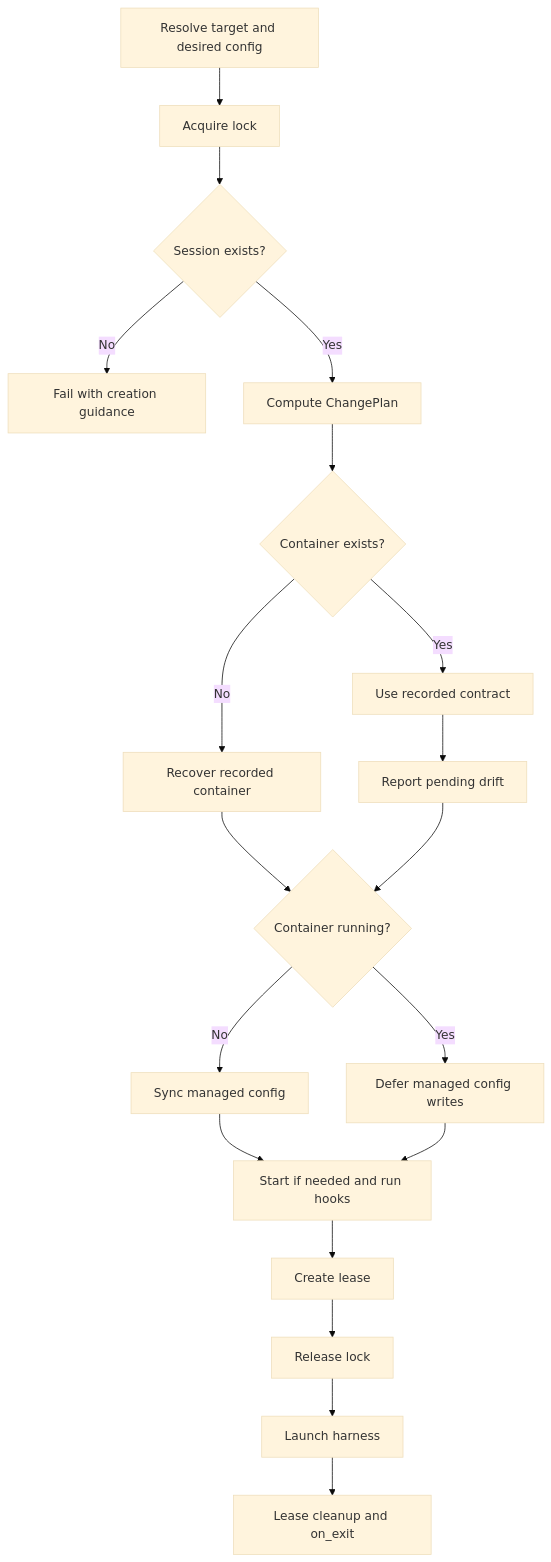
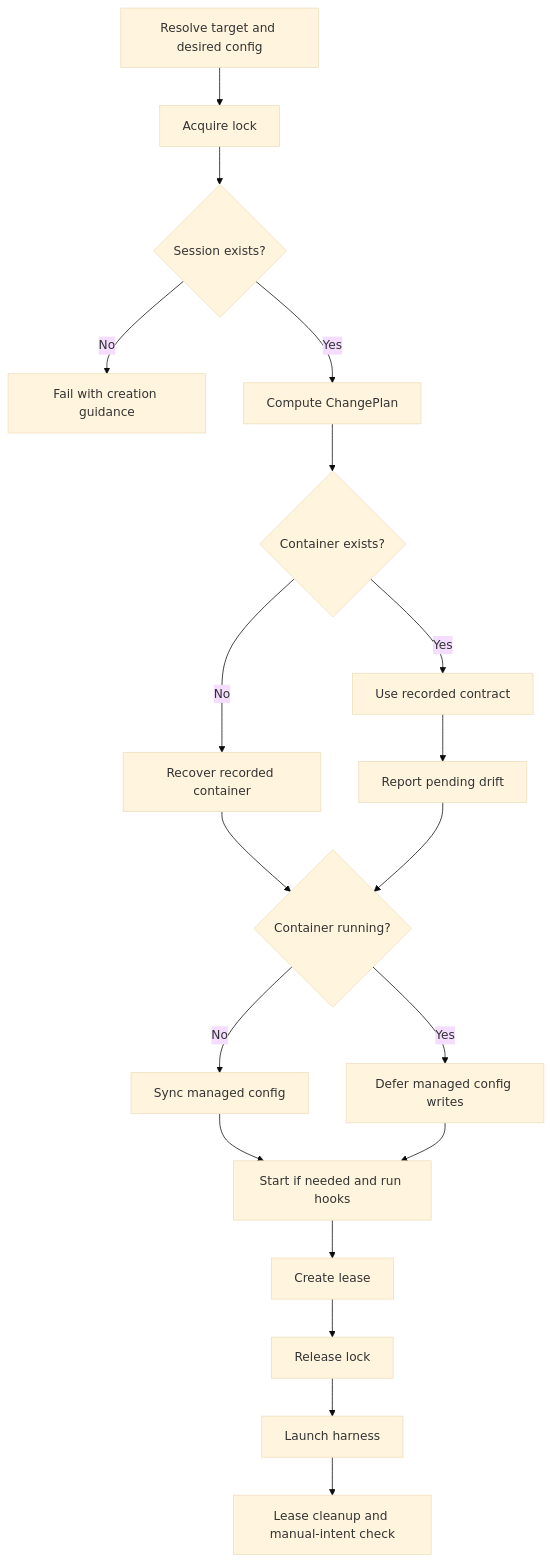
One commit to pip12345/devbox-neo changed the second of 2 diagrams in docs/dev/rewrite-plan.md. Above: the diagram before and after it, drawn with Mermaid (base theme). The commit also changed other lines of this file and 114 other files, not shown here.

````diff
--- a/docs/dev/rewrite-plan.md
+++ b/docs/dev/rewrite-plan.md
@@ -1146,21 +1139,21 @@
 ```mermaid
 flowchart TD
     A[Resolve target and desired config] --> B[Acquire lock]
     B --> C{Session exists?}
     C -->|No| X[Fail with creation guidance]
     C -->|Yes| E[Compute ChangePlan]
     E --> F{Container exists?}
     F -->|No| G[Recover recorded container]
     F -->|Yes| H[Use recorded contract]
     H --> I[Report pending drift]
     G --> J{Container running?}
     I --> J
     J -->|No| S[Sync managed config]
     J -->|Yes| T[Defer managed config writes]
     S --> K[Start if needed and run hooks]
     T --> K
     K --> L[Create lease]
     L --> M[Release lock]
     M --> N[Launch harness]
-    N --> O[Lease cleanup and on_exit]
+    N --> O[Lease cleanup and manual-intent check]
 ```
````
